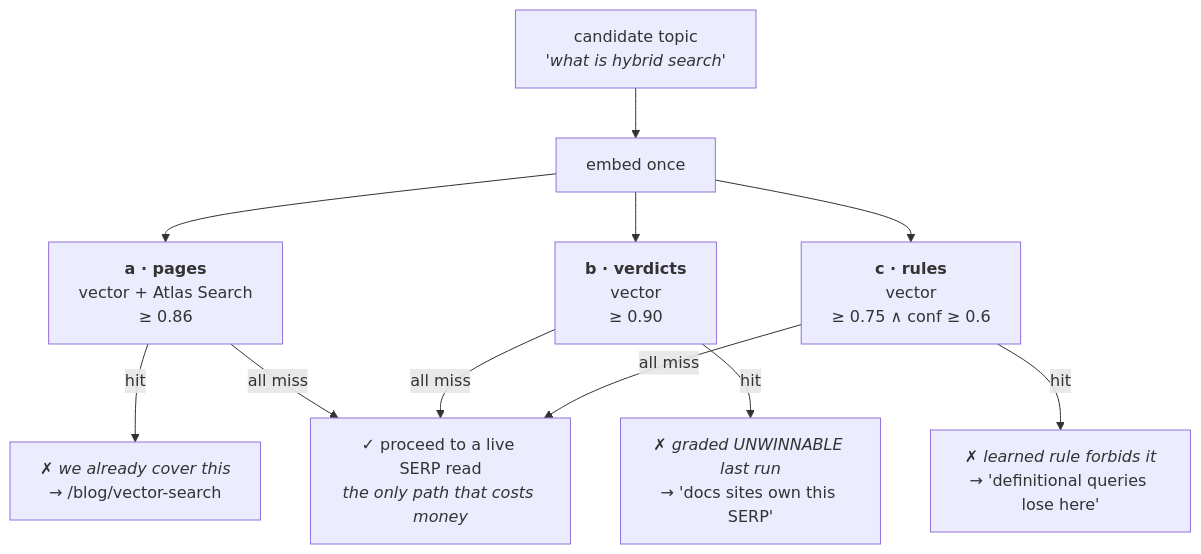
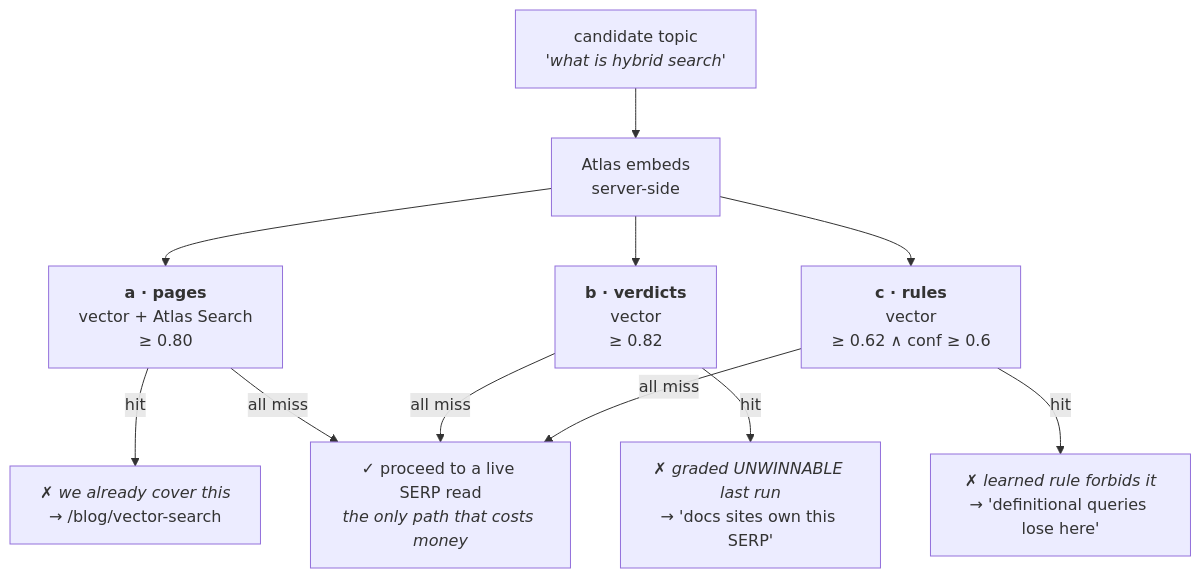
One commit to ttokttokttok/cairn changed the third of 5 diagrams in README.md. Above: the diagram before and after it, drawn with Mermaid. The commit also changed other lines of this file and 4 other files, not shown here.

````diff
--- a/README.md
+++ b/README.md
@@ -101,14 +102,14 @@
 ```mermaid
 flowchart TB
-    Q["candidate topic<br/><i>'what is hybrid search'</i>"] --> E["embed once"]
+    Q["candidate topic<br/><i>'what is hybrid search'</i>"] --> E["Atlas embeds<br/>server-side"]
     E --> A & B & C
 
-    A["<b>a · pages</b><br/>vector + Atlas Search<br/>≥ 0.86"]
-    B["<b>b · verdicts</b><br/>vector<br/>≥ 0.90"]
-    C["<b>c · rules</b><br/>vector<br/>≥ 0.75 ∧ conf ≥ 0.6"]
+    A["<b>a · pages</b><br/>vector + Atlas Search<br/>≥ 0.80"]
+    B["<b>b · verdicts</b><br/>vector<br/>≥ 0.82"]
+    C["<b>c · rules</b><br/>vector<br/>≥ 0.62 ∧ conf ≥ 0.6"]
 
     A -->|hit| VA["✗ <i>we already cover this</i><br/>→ /blog/vector-search"]
     B -->|hit| VB["✗ <i>graded UNWINNABLE last run</i><br/>→ 'docs sites own this SERP'"]
     C -->|hit| VC["✗ <i>learned rule forbids it</i><br/>→ 'definitional queries lose here'"]
     A & B & C -->|"all miss"| PASS["✓ proceed to a live SERP read<br/><i>the only path that costs money</i>"]
 ```
````
